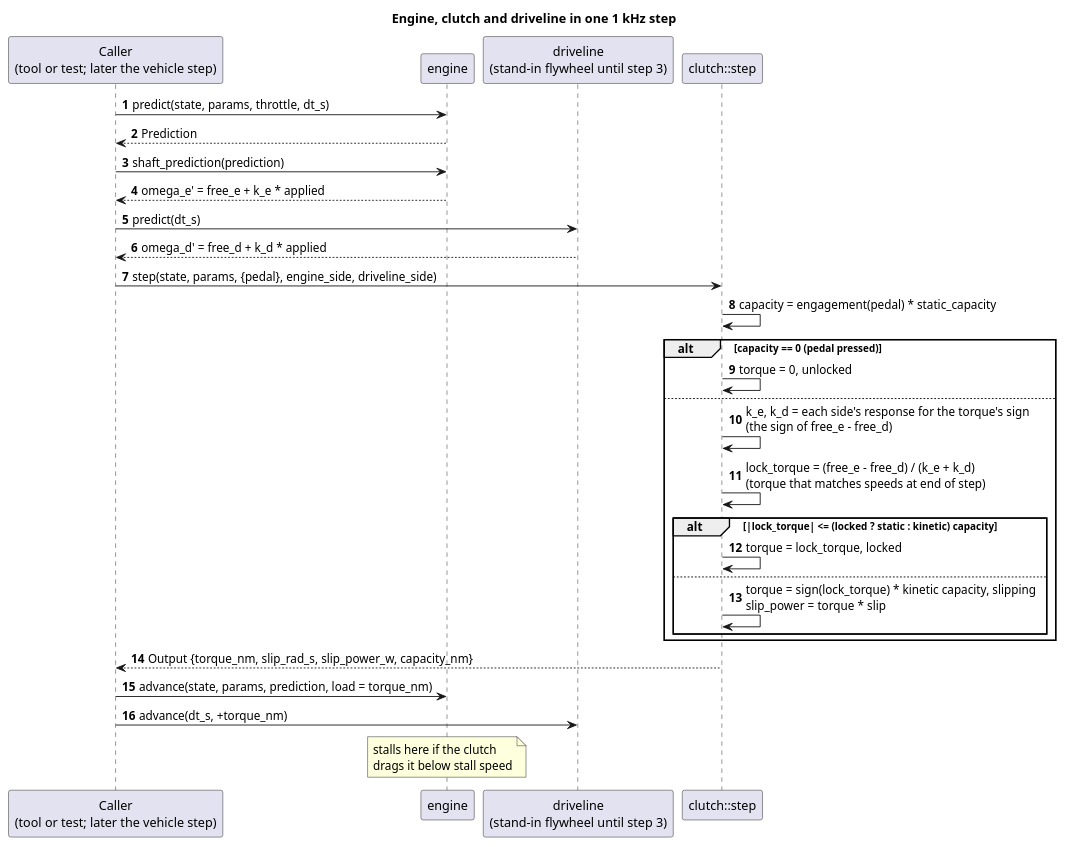
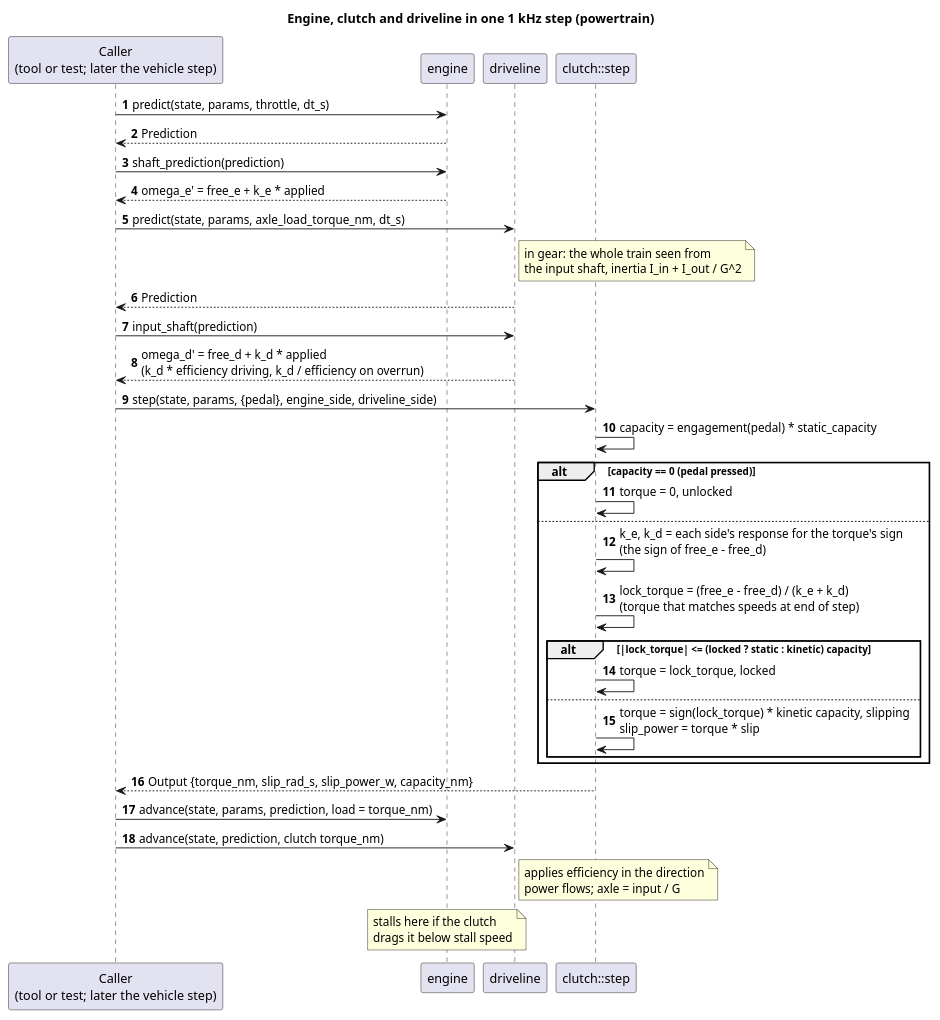
One commit to wversteeg/TractorPulling changed the diagram in docs/diagrams/clutch_coupling_sequence.puml. Above: the diagram before and after it, drawn with PlantUML. The commit also changed 3 other files, not shown here.

First line of the commit message:
Test engine, clutch and driveline together against a vehicle stand-in

```diff
--- a/docs/diagrams/clutch_coupling_sequence.puml
+++ b/docs/diagrams/clutch_coupling_sequence.puml
@@ -1,34 +1,38 @@
 @startuml clutch_coupling_sequence
-title Engine, clutch and driveline in one 1 kHz step
+title Engine, clutch and driveline in one 1 kHz step (powertrain)
 autonumber
 participant "Caller\n(tool or test; later the vehicle step)" as Caller
 participant "engine" as Engine
-participant "driveline\n(stand-in flywheel until step 3)" as Driveline
+participant "driveline" as Driveline
 participant "clutch::step" as Clutch
 
 Caller -> Engine : predict(state, params, throttle, dt_s)
 Engine --> Caller : Prediction
 Caller -> Engine : shaft_prediction(prediction)
 Engine --> Caller : omega_e' = free_e + k_e * applied
-Caller -> Driveline : predict(dt_s)
-Driveline --> Caller : omega_d' = free_d + k_d * applied
+Caller -> Driveline : predict(state, params, axle_load_torque_nm, dt_s)
+note right of Driveline : in gear: the whole train seen from\nthe input shaft, inertia I_in + I_out / G^2
+Driveline --> Caller : Prediction
+Caller -> Driveline : input_shaft(prediction)
+Driveline --> Caller : omega_d' = free_d + k_d * applied\n(k_d * efficiency driving, k_d / efficiency on overrun)
 
 Caller -> Clutch : step(state, params, {pedal}, engine_side, driveline_side)
 Clutch -> Clutch : capacity = engagement(pedal) * static_capacity
 alt capacity == 0 (pedal pressed)
   Clutch -> Clutch : torque = 0, unlocked
 else
   Clutch -> Clutch : k_e, k_d = each side's response for the torque's sign\n(the sign of free_e - free_d)
   Clutch -> Clutch : lock_torque = (free_e - free_d) / (k_e + k_d)\n(torque that matches speeds at end of step)
   alt |lock_torque| <= (locked ? static : kinetic) capacity
     Clutch -> Clutch : torque = lock_torque, locked
   else
     Clutch -> Clutch : torque = sign(lock_torque) * kinetic capacity, slipping\nslip_power = torque * slip
   end
 end
 Clutch --> Caller : Output {torque_nm, slip_rad_s, slip_power_w, capacity_nm}
 
 Caller -> Engine : advance(state, params, prediction, load = torque_nm)
-Caller -> Driveline : advance(dt_s, +torque_nm)
+Caller -> Driveline : advance(state, prediction, clutch torque_nm)
+note right of Driveline : applies efficiency in the direction\npower flows; axle = input / G
 note over Engine : stalls here if the clutch\ndrags it below stall speed
 @enduml
```
